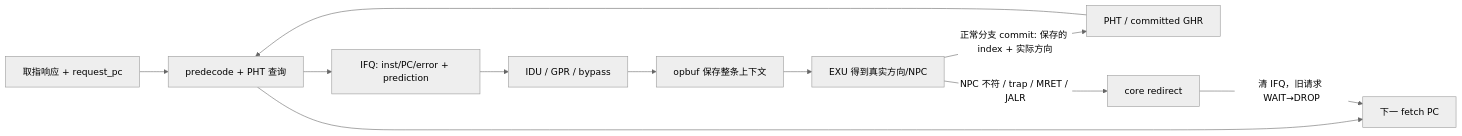
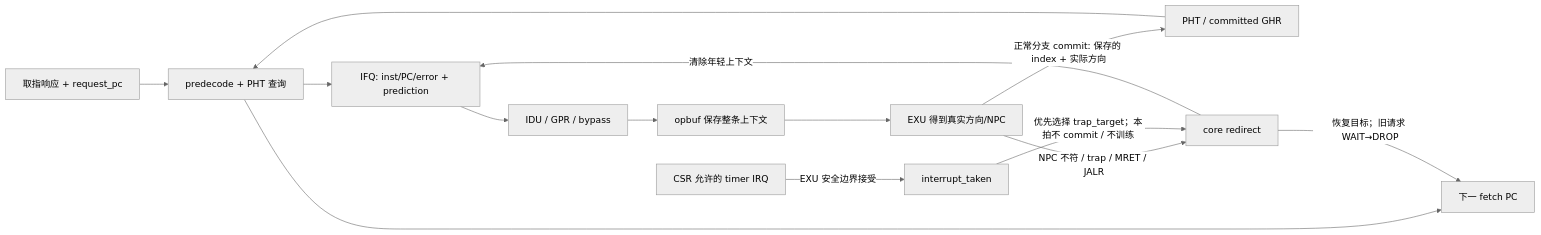
One commit to waxberry-chen/ysyx-workbench changed the diagram in docs/notes/post-c/gshare-bpu/2-integration.md. Above: the diagram before and after it, drawn with Mermaid (neutral theme). The commit also changed other lines of this file and 14 other files, not shown here.

````diff
--- a/docs/notes/post-c/gshare-bpu/2-integration.md
+++ b/docs/notes/post-c/gshare-bpu/2-integration.md
@@ -7,13 +7,16 @@
 ```mermaid
 flowchart LR
   R[取指响应 + request_pc] --> P[predecode + PHT 查询]
   P --> F[IFQ: inst/PC/error + prediction]
   P --> N[下一 fetch PC]
   F --> D[IDU / GPR / bypass]
   D --> O[opbuf 保存整条上下文]
   O --> E[EXU 得到真实方向/NPC]
   E -->|正常分支 commit: 保存的 index + 实际方向| T[PHT / committed GHR]
   T --> P
   E -->|NPC 不符 / trap / MRET / JALR| X[core redirect]
-  X -->|清 IFQ，旧请求 WAIT→DROP| N
+  I[CSR 允许的 timer IRQ] -->|EXU 安全边界接受| A[interrupt_taken]
+  A -->|优先选择 trap_target；本拍不 commit / 不训练| X
+  X -->|恢复目标；旧请求 WAIT→DROP| N
+  X -->|清除年轻上下文| F
 ```
````
